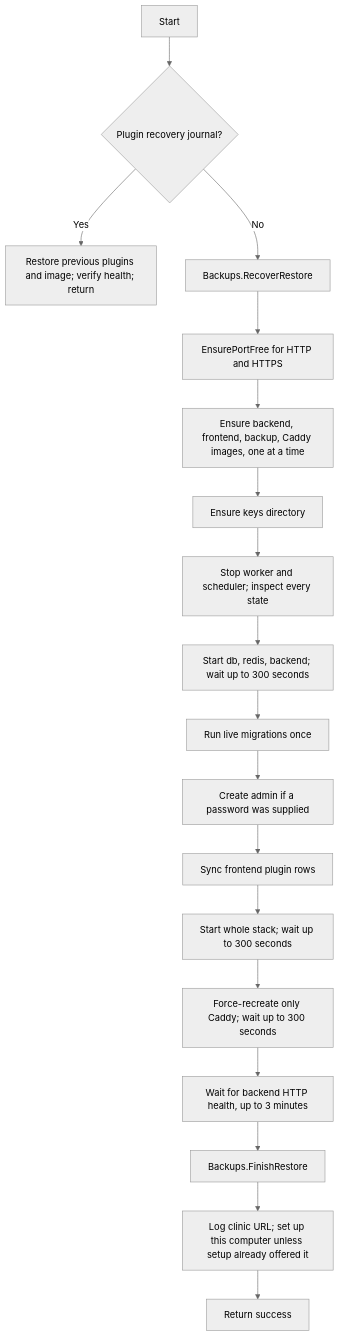
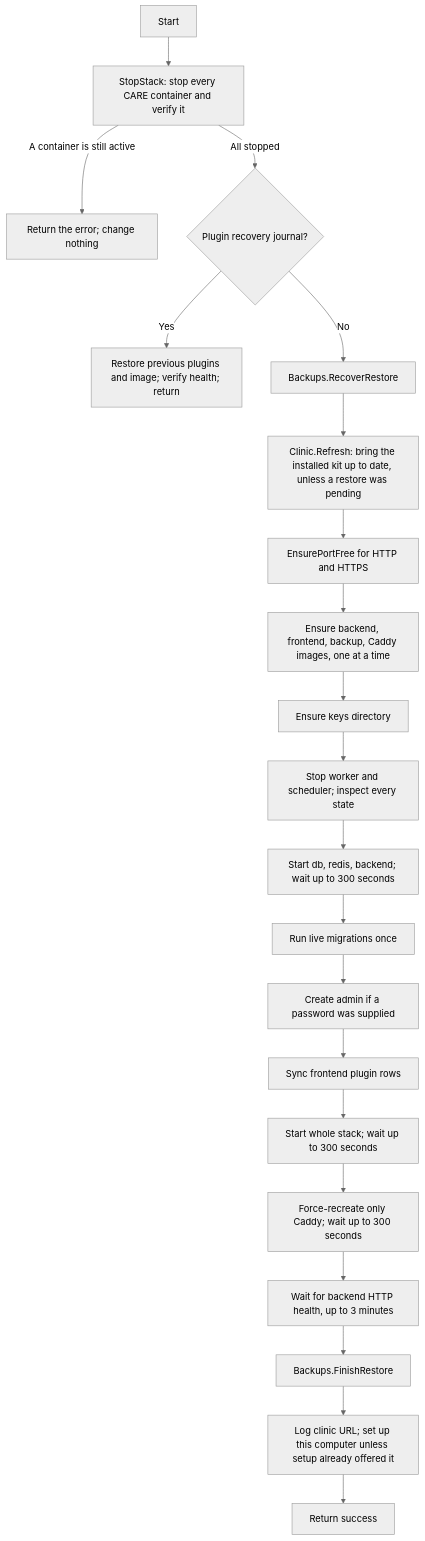
Before and after one commit to ohcnetwork/care_clinic: the sixth of 6 diagrams in docs/clinic-lifecycle.md, drawn with Mermaid (neutral theme). The commit also changed other lines of this file and 59 other files, not shown here.

First line of the commit message:
Stop CARE before starting, updating or changing settings

````diff
--- a/docs/clinic-lifecycle.md
+++ b/docs/clinic-lifecycle.md
@@ -831,20 +861,23 @@
 ```mermaid
 flowchart TD
-    Begin["Start"] --> PluginRecovery{"Plugin recovery journal?"}
+    Begin["Start"] --> Gate["StopStack: stop every CARE container and verify it"]
+    Gate -->|A container is still active| Abort["Return the error; change nothing"]
+    Gate -->|All stopped| PluginRecovery{"Plugin recovery journal?"}
     PluginRecovery -->|Yes| Rollback["Restore previous plugins and image; verify health; return"]
     PluginRecovery -->|No| Recover["Backups.RecoverRestore"]
-    Recover --> Ports["EnsurePortFree for HTTP and HTTPS"]
+    Recover --> Refresh["Clinic.Refresh: bring the installed kit up to date, unless a restore was pending"]
+    Refresh --> Ports["EnsurePortFree for HTTP and HTTPS"]
     Ports --> Images["Ensure backend, frontend, backup, Caddy images, one at a time"]
     Images --> Keys["Ensure keys directory"]
     Keys --> Pause["Stop worker and scheduler; inspect every state"]
     Pause --> Core["Start db, redis, backend; wait up to 300 seconds"]
     Core --> Migrate["Run live migrations once"]
     Migrate --> Admin["Create admin if a password was supplied"]
     Admin --> Plugins["Sync frontend plugin rows"]
     Plugins --> All["Start whole stack; wait up to 300 seconds"]
     All --> Proxy["Force-recreate only Caddy; wait up to 300 seconds"]
     Proxy --> Health["Wait for backend HTTP health, up to 3 minutes"]
     Health --> Finish["Backups.FinishRestore"]
     Finish --> Local["Log clinic URL; set up this computer unless setup already offered it"]
     Local --> Done["Return success"]
 ```
````
